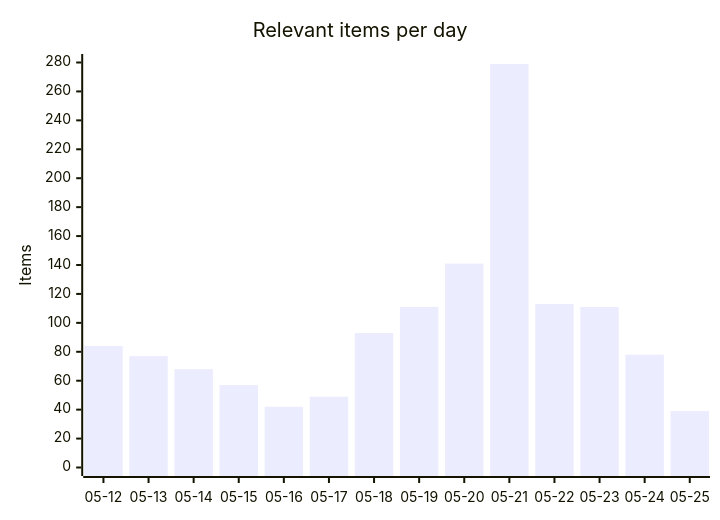
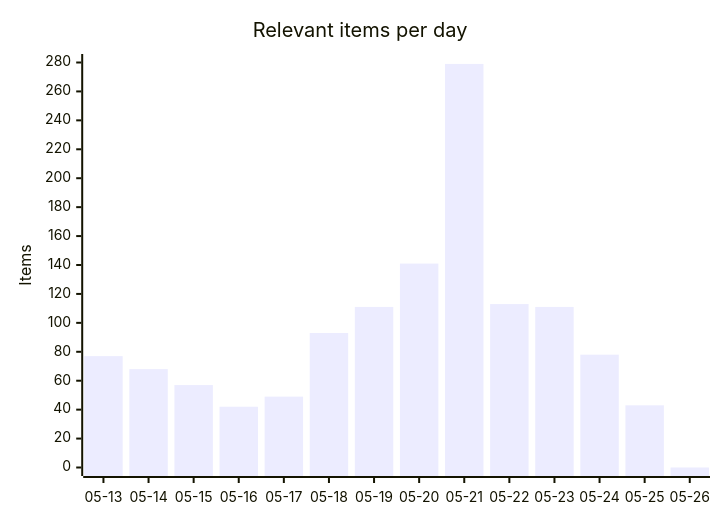
The first of 4 diagrams in README.md (martinbalfanz/social-scanner-reports), drawn with Mermaid before and after one commit. The commit also changed other lines of this file and 5 other files, not shown here.

````diff
--- a/README.md
+++ b/README.md
@@ -30,7 +30,7 @@
 ```mermaid
 xychart-beta
     title "Relevant items per day"
-    x-axis ["05-12", "05-13", "05-14", "05-15", "05-16", "05-17", "05-18", "05-19", "05-20", "05-21", "05-22", "05-23", "05-24", "05-25"]
+    x-axis ["05-13", "05-14", "05-15", "05-16", "05-17", "05-18", "05-19", "05-20", "05-21", "05-22", "05-23", "05-24", "05-25", "05-26"]
     y-axis "Items" 0 --> 280
-    bar [84, 77, 68, 57, 42, 49, 93, 111, 141, 279, 113, 111, 78, 39]
+    bar [77, 68, 57, 42, 49, 93, 111, 141, 279, 113, 111, 78, 43, 0]
 ```
````
